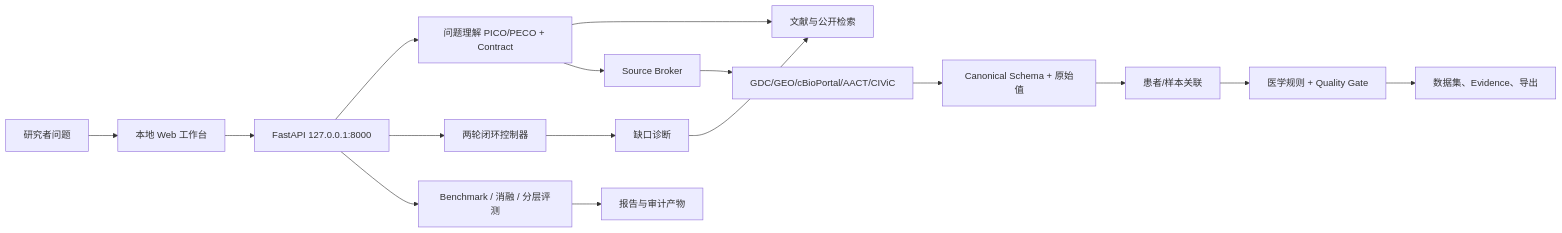
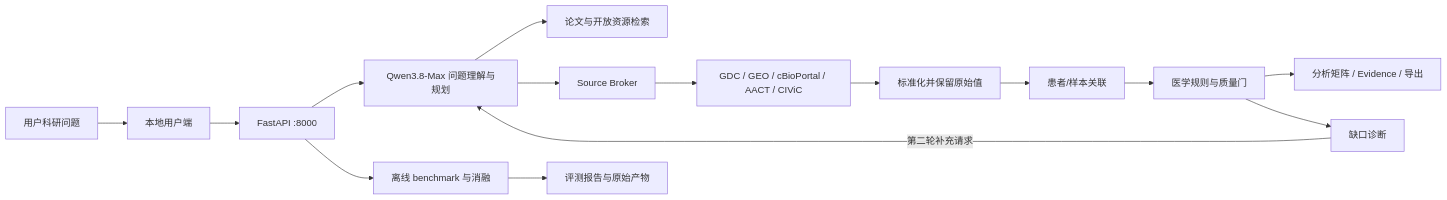
Before and after one commit to xsc2466729313-cyber/research-data-agent: the diagram in docs/FINAL_INTEGRATED_REPORT_20260829.md, drawn with Mermaid. The commit also changed other lines of this file and 36 other files, not shown here.

````diff
--- a/docs/FINAL_INTEGRATED_REPORT_20260829.md
+++ b/docs/FINAL_INTEGRATED_REPORT_20260829.md
@@ -66,18 +44,17 @@
 ```mermaid
 flowchart LR
-  U[研究者问题] --> UI[本地 Web 工作台]
-  UI --> API[FastAPI 127.0.0.1:8000]
-  API --> PLAN[问题理解 PICO/PECO + Contract]
-  PLAN --> RAG[文献与公开检索]
+  U[用户科研问题] --> UI[本地用户端]
+  UI --> API[FastAPI :8000]
+  API --> PLAN[Qwen3.8-Max 问题理解与规划]
+  PLAN --> LIT[论文与开放资源检索]
   PLAN --> BROKER[Source Broker]
-  BROKER --> ADAPTER[GDC/GEO/cBioPortal/AACT/CIViC]
-  ADAPTER --> NORM[Canonical Schema + 原始值]
+  BROKER --> ADAPTER[GDC / GEO / cBioPortal / AACT / CIViC]
+  ADAPTER --> NORM[标准化并保留原始值]
   NORM --> LINK[患者/样本关联]
-  LINK --> SAFE[医学规则 + Quality Gate]
-  SAFE --> OUT[数据集、Evidence、导出]
-  API --> LOOP[两轮闭环控制器]
-  LOOP --> DIAG[缺口诊断]
-  DIAG --> RAG
-  API --> EVAL[Benchmark / 消融 / 分层评测]
-  EVAL --> REPORT[报告与审计产物]
+  LINK --> SAFE[医学规则与质量门]
+  SAFE --> OUT[分析矩阵 / Evidence / 导出]
+  SAFE --> GAP[缺口诊断]
+  GAP -->|第二轮补充请求| PLAN
+  API --> EVAL[离线 benchmark 与消融]
+  EVAL --> REPORT[评测报告与原始产物]
 ```
````
